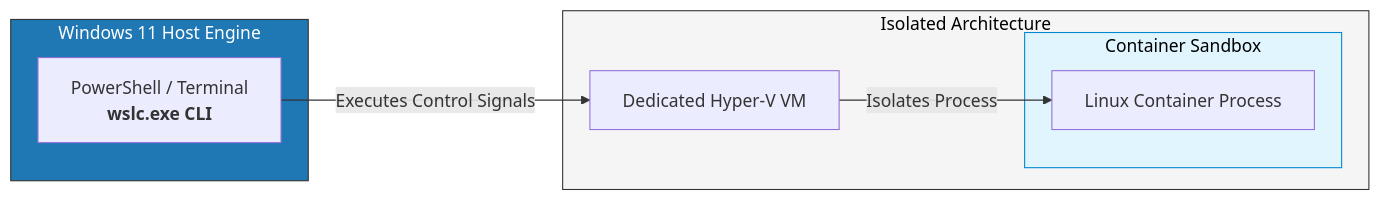
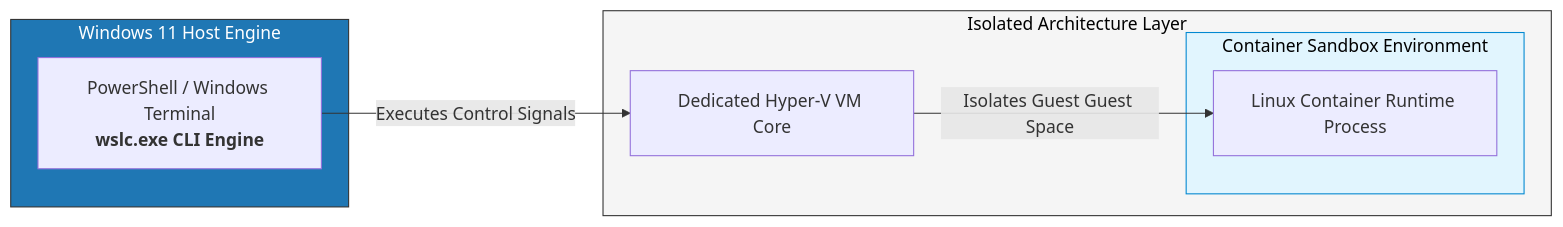
The second of 4 diagrams in src/pages/posts/tech/2026/docker_comparsions.md (FriendlyUser/astro-tech-blog), drawn with Mermaid before and after one commit. The commit also changed other lines of this file, not shown here.

````diff
--- a/src/pages/posts/tech/2026/docker_comparsions.md
+++ b/src/pages/posts/tech/2026/docker_comparsions.md
@@ -147,20 +152,20 @@
 ```mermaid
 graph LR
-    subgraph WinHost[Windows 11 Host Engine]
-        CLI[PowerShell / Terminal <br> <b>wslc.exe CLI</b>]
+    subgraph WinHost[" Windows 11 Host Engine "]
+        CLI["PowerShell / Windows Terminal<br><b>wslc.exe CLI Engine</b>"]
     end
 
-    subgraph HyperV[Isolated Architecture]
-        VM[Dedicated Hyper-V VM]
-        subgraph ContainerEnv[Container Sandbox]
-            LC[Linux Container Process]
+    subgraph HyperV[" Isolated Architecture Layer "]
+        VM["Dedicated Hyper-V VM Core"]
+        subgraph ContainerEnv[" Container Sandbox Environment "]
+            LC["Linux Container Runtime Process"]
         end
     end
 
     CLI -->|Executes Control Signals| VM
-    VM -->|Isolates Process| LC
+    VM -->|Isolates Guest Guest Space| LC
 
     style WinHost fill:#1f77b4,color:#fff,stroke:#333
     style HyperV fill:#f5f5f5,color:#000,stroke:#333
     style ContainerEnv fill:#e1f5fe,color:#000,stroke:#0288d1
 ```
````
